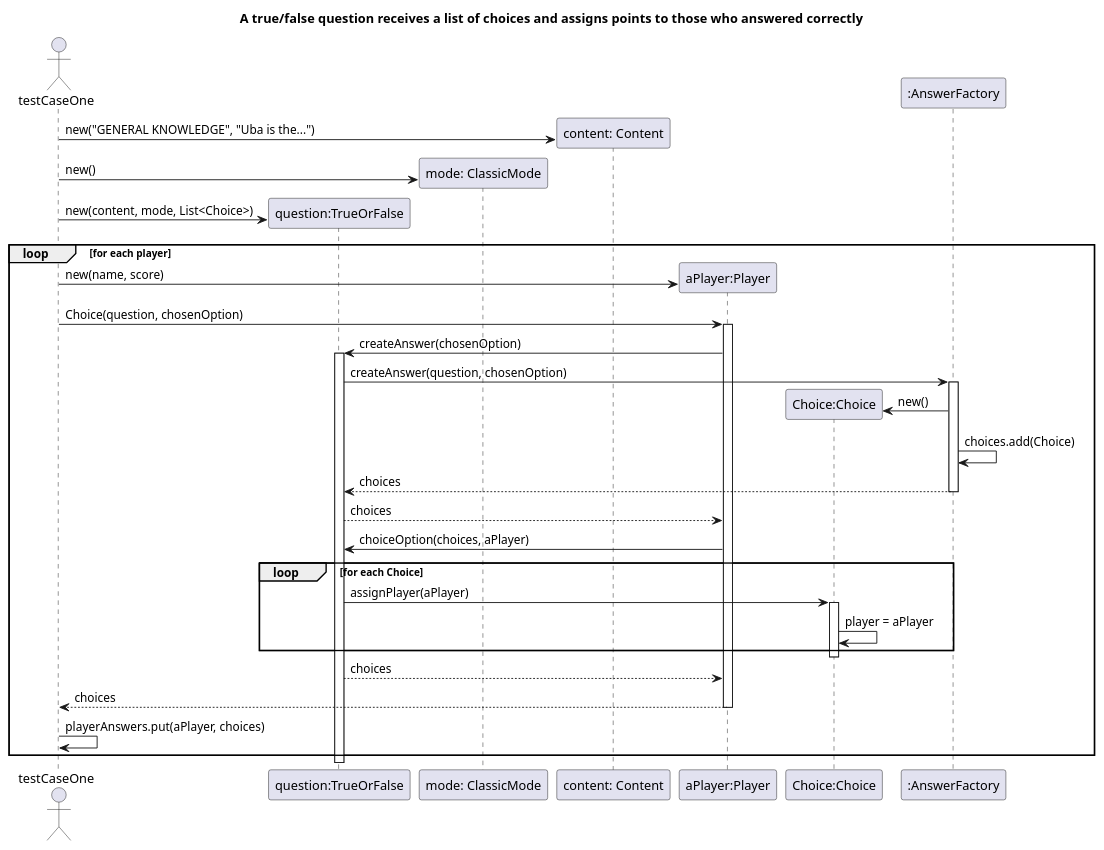
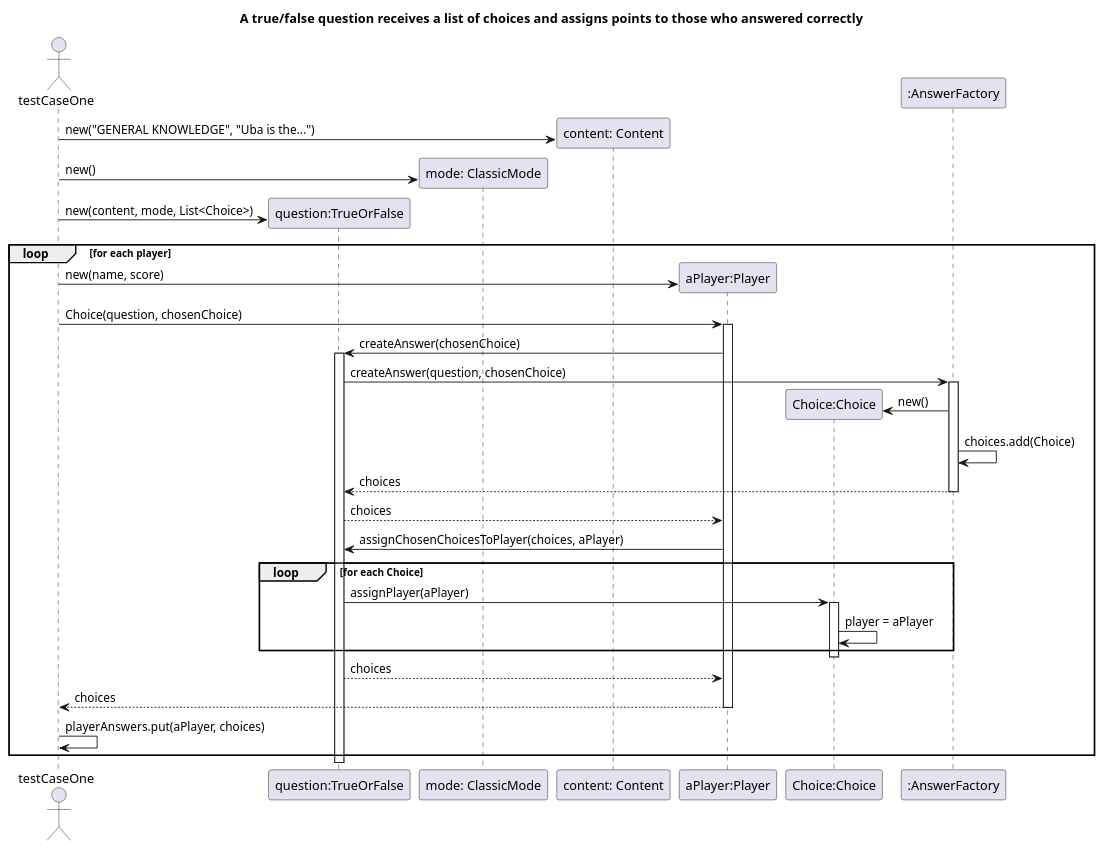
Before and after one commit to agpelliciari/TP2-Algo-III: the diagram in UML files/SecuenceDiagramCaseOfUseOne.puml, drawn with PlantUML. The commit also changed other lines of this file and 19 other files, not shown here.

```diff
--- a/UML files/SecuenceDiagramCaseOfUseOne.puml
+++ b/UML files/SecuenceDiagramCaseOfUseOne.puml
@@ -1,48 +1,48 @@
 @startuml
 title: A true/false question receives a list of choices and assigns points to those who answered correctly
 
 actor testCaseOne
 participant "question:TrueOrFalse" as question
 participant "mode: ClassicMode" as type
 participant "content: Content" as content
 participant "aPlayer:Player" as player
 participant "Choice:Choice" as Choice
 participant ":AnswerFactory" as factory
 
 create content
 testCaseOne -> content:new("GENERAL KNOWLEDGE", "Uba is the...")
 create type
 testCaseOne -> type: new()
 create question
 testCaseOne -> question: new(content, mode, List<Choice>)
 
 loop for each player
 create player
 testCaseOne -> player: new(name, score)
 
-testCaseOne -> player: Choice(question, chosenOption)
+testCaseOne -> player: Choice(question, chosenChoice)
 activate player
-player -> question: createAnswer(chosenOption)
+player -> question: createAnswer(chosenChoice)
 activate question
-question -> factory: createAnswer(question, chosenOption)
+question -> factory: createAnswer(question, chosenChoice)
 activate factory
 create Choice
 factory -> Choice: new()
 factory -> factory: choices.add(Choice)
 factory --> question: choices
 deactivate factory
 question --> player: choices
-player -> question: choiceOption(choices, aPlayer)
+player -> question: assignChosenChoicesToPlayer(choices, aPlayer)
 
 loop for each Choice
 question -> Choice: assignPlayer(aPlayer)
 activate Choice
 Choice -> Choice: player = aPlayer
 end loop
 deactivate Choice
 question --> player: choices
 player --> testCaseOne: choices
 deactivate player
 testCaseOne -> testCaseOne: playerAnswers.put(aPlayer, choices)
 end loop
 @enduml
```
